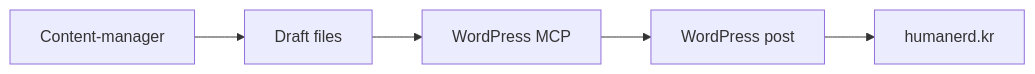
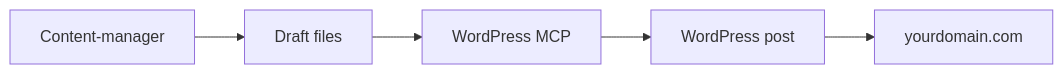
One commit to humanerd-drew/opencode-drewgent changed the diagram in skills/devops/wordpress-deployment/SKILL.md. Above: the diagram before and after it, drawn with Mermaid. The commit also changed other lines of this file and 194 other files, not shown here.

````diff
--- a/skills/devops/wordpress-deployment/SKILL.md
+++ b/skills/devops/wordpress-deployment/SKILL.md
@@ -96,7 +96,7 @@
 ```mermaid
 graph LR
     A[Content-manager] --> B[Draft files]
     B --> C[WordPress MCP]
     C --> D[WordPress post]
-    D --> E[humanerd.kr]
+    D --> E[yourdomain.com]
 ```
````
